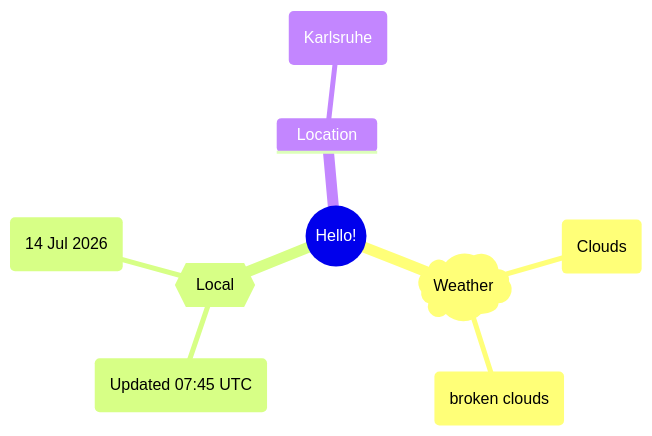
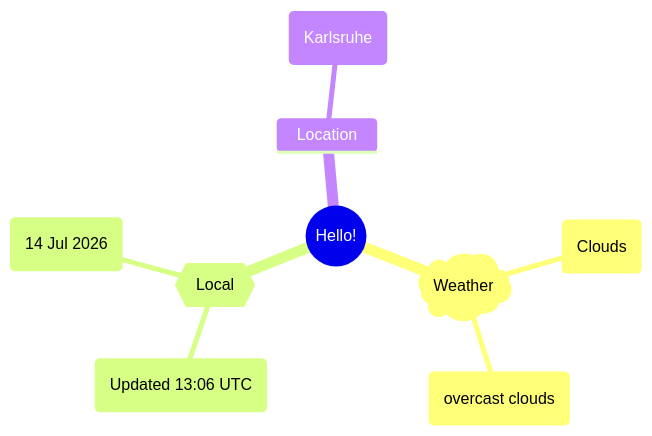
Before and after one commit to Xosrov/Xosrov: the first of 2 diagrams in README.md, drawn with Mermaid.

Commit message:
[bot] updated images

````diff
--- a/README.md
+++ b/README.md
@@ -3,12 +3,12 @@
 ```mermaid
 mindmap
   root((Hello!))
     )Weather(
         (Clouds)
-        (broken clouds)
+        (overcast clouds)
     {{Local}}
-        (Updated 07:45 UTC)
+        (Updated 13:06 UTC)
         (14 Jul 2026)
     Location
         (Karlsruhe)
 ```
````
